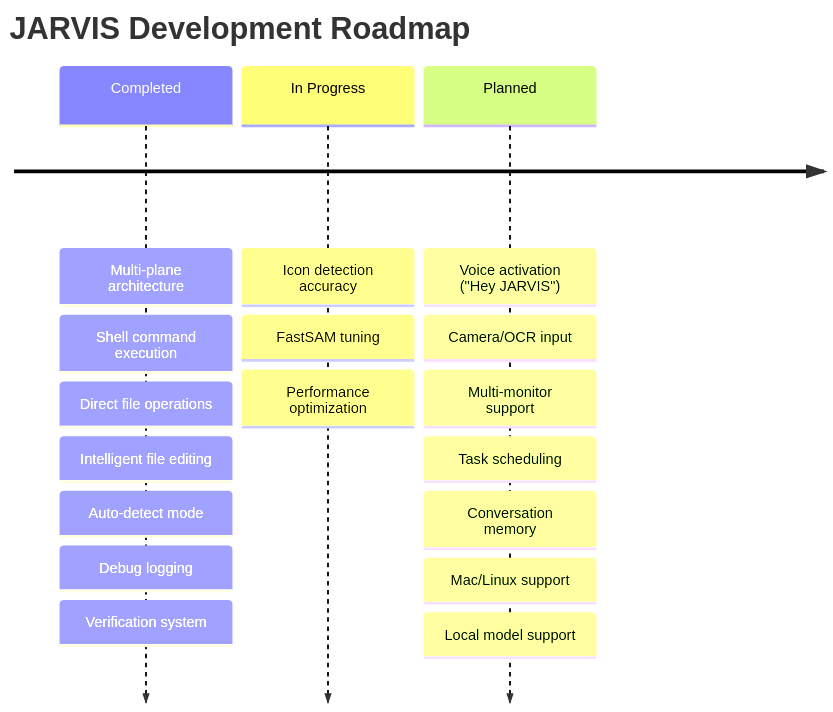
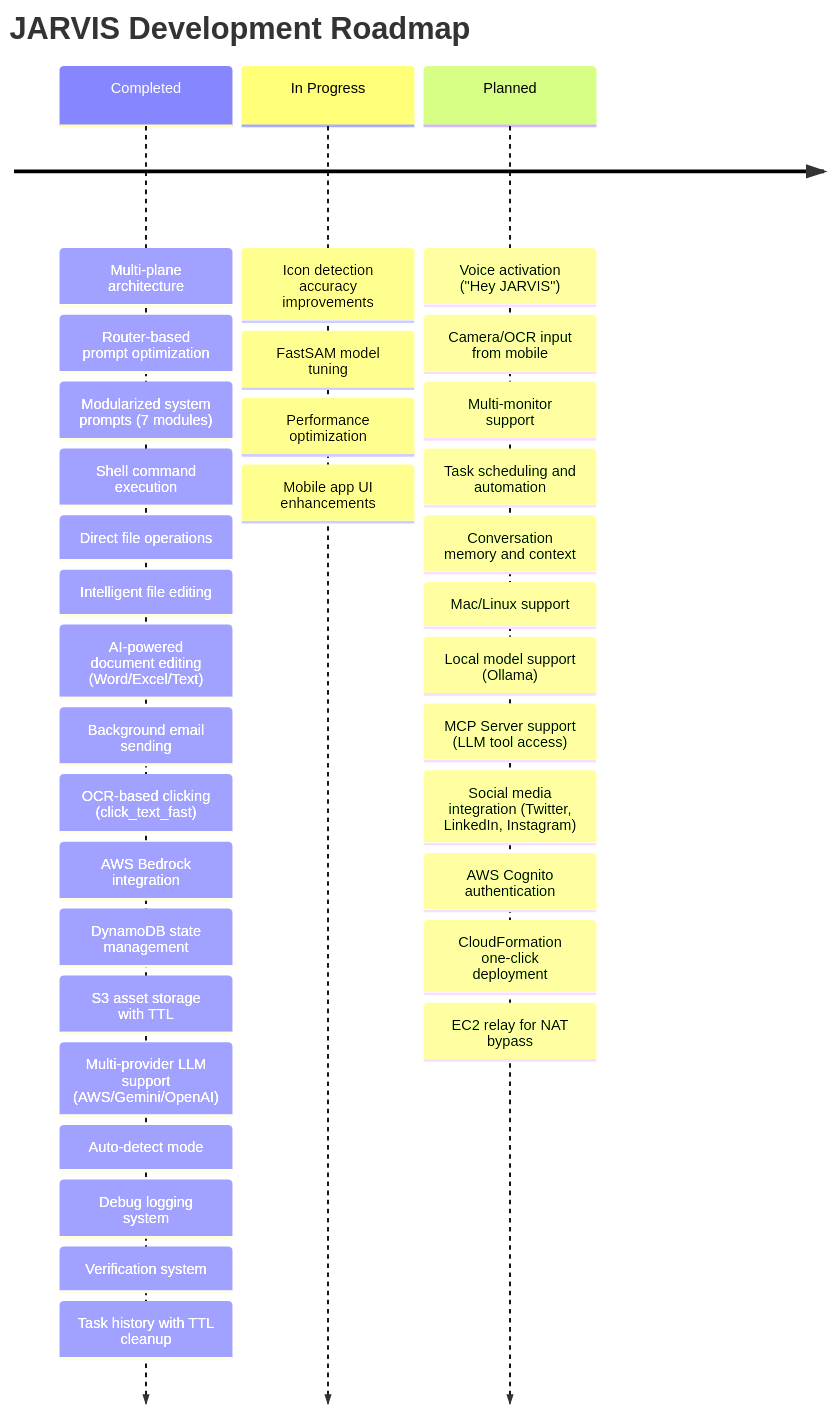
Before and after one commit to Bada-Don/Jarvis: the seventh of 7 diagrams in README.md, drawn with Mermaid. The commit also changed other lines of this file and 16 other files, not shown here.

Commit message:
Calling AWS DynamoDB instead of Firebase. Jarvis.py now gives proper logs, less Cluttered firebase logs,

````diff
--- a/README.md
+++ b/README.md
@@ -330,24 +516,40 @@
 ```mermaid
 timeline
     title JARVIS Development Roadmap
     
     Completed : Multi-plane architecture
+             : Router-based prompt optimization
+             : Modularized system prompts (7 modules)
              : Shell command execution
              : Direct file operations
              : Intelligent file editing
+             : AI-powered document editing (Word/Excel/Text)
+             : Background email sending
+             : OCR-based clicking (click_text_fast)
+             : AWS Bedrock integration
+             : DynamoDB state management
+             : S3 asset storage with TTL
+             : Multi-provider LLM support (AWS/Gemini/OpenAI)
              : Auto-detect mode
-             : Debug logging
+             : Debug logging system
              : Verification system
+             : Task history with TTL cleanup
     
-    In Progress : Icon detection accuracy
-                : FastSAM tuning
+    In Progress : Icon detection accuracy improvements
+                : FastSAM model tuning
                 : Performance optimization
+                : Mobile app UI enhancements
     
     Planned : Voice activation ("Hey JARVIS")
-           : Camera/OCR input
+           : Camera/OCR input from mobile
            : Multi-monitor support
-           : Task scheduling
-           : Conversation memory
+           : Task scheduling and automation
+           : Conversation memory and context
            : Mac/Linux support
-           : Local model support
+           : Local model support (Ollama)
+           : MCP Server support (LLM tool access)
+           : Social media integration (Twitter, LinkedIn, Instagram)
+           : AWS Cognito authentication
+           : CloudFormation one-click deployment
+           : EC2 relay for NAT bypass
 ```
````
